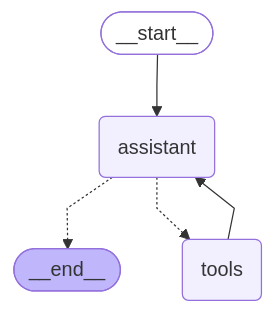
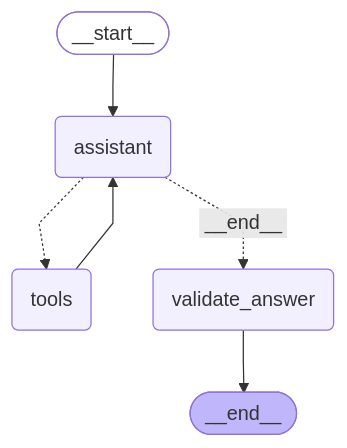
One commit to ashish-tripathi57/gaia-agent changed the diagram in graph_diagram.mmd. Above: the diagram before and after it, drawn with Mermaid.

```diff
--- a/graph_diagram.mmd
+++ b/graph_diagram.mmd
@@ -1,17 +1,19 @@
 ---
 config:
   flowchart:
     curve: linear
 ---
 graph TD;
 	__start__([<p>__start__</p>]):::first
 	assistant(assistant)
 	tools(tools)
+	validate_answer(validate_answer)
 	__end__([<p>__end__</p>]):::last
 	__start__ --> assistant;
-	assistant -.-> __end__;
 	assistant -.-> tools;
+	assistant -. &nbsp;__end__&nbsp; .-> validate_answer;
 	tools --> assistant;
+	validate_answer --> __end__;
 	classDef default fill:#f2f0ff,line-height:1.2
 	classDef first fill-opacity:0
 	classDef last fill:#bfb6fc
```
